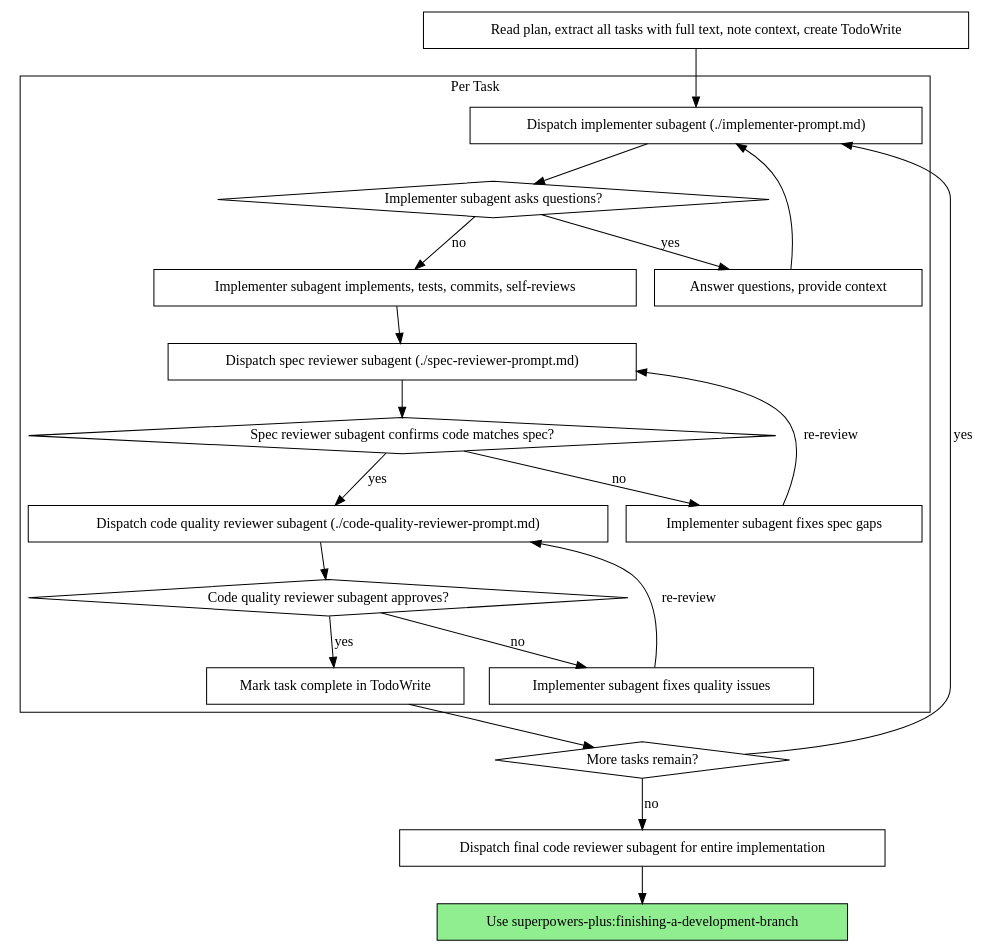
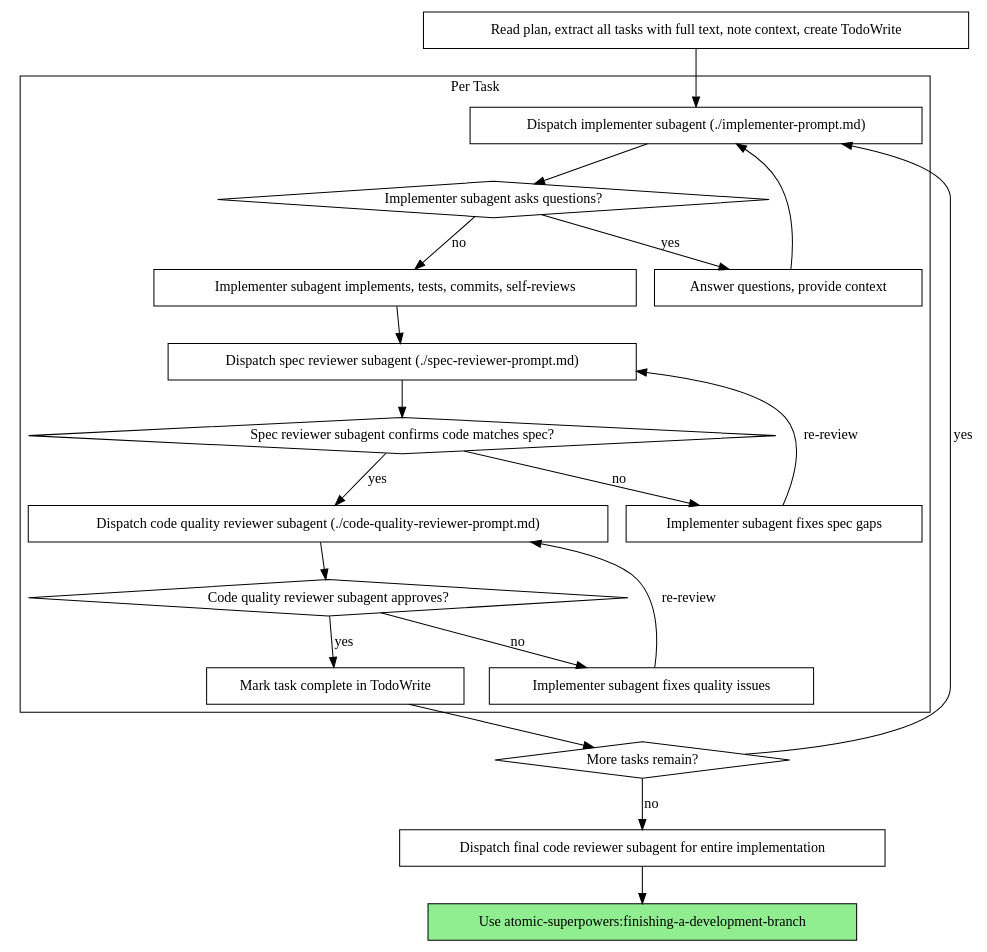
One commit to slgoodrich/superpowers changed the second of 2 diagrams in skills/subagent-driven-development/SKILL.md. Above: the diagram before and after it, drawn with Graphviz. The commit also changed other lines of this file and 28 other files, not shown here.

First line of the commit message:
chore: rename project to atomic-superpowers

````diff
--- a/skills/subagent-driven-development/SKILL.md
+++ b/skills/subagent-driven-development/SKILL.md
@@ -42,44 +42,44 @@
 ```dot
 digraph process {
     rankdir=TB;
 
     subgraph cluster_per_task {
         label="Per Task";
         "Dispatch implementer subagent (./implementer-prompt.md)" [shape=box];
         "Implementer subagent asks questions?" [shape=diamond];
         "Answer questions, provide context" [shape=box];
         "Implementer subagent implements, tests, commits, self-reviews" [shape=box];
         "Dispatch spec reviewer subagent (./spec-reviewer-prompt.md)" [shape=box];
         "Spec reviewer subagent confirms code matches spec?" [shape=diamond];
         "Implementer subagent fixes spec gaps" [shape=box];
         "Dispatch code quality reviewer subagent (./code-quality-reviewer-prompt.md)" [shape=box];
         "Code quality reviewer subagent approves?" [shape=diamond];
         "Implementer subagent fixes quality issues" [shape=box];
         "Mark task complete in TodoWrite" [shape=box];
     }
 
     "Read plan, extract all tasks with full text, note context, create TodoWrite" [shape=box];
     "More tasks remain?" [shape=diamond];
     "Dispatch final code reviewer subagent for entire implementation" [shape=box];
-    "Use superpowers-plus:finishing-a-development-branch" [shape=box style=filled fillcolor=lightgreen];
+    "Use atomic-superpowers:finishing-a-development-branch" [shape=box style=filled fillcolor=lightgreen];
 
     "Read plan, extract all tasks with full text, note context, create TodoWrite" -> "Dispatch implementer subagent (./implementer-prompt.md)";
     "Dispatch implementer subagent (./implementer-prompt.md)" -> "Implementer subagent asks questions?";
     "Implementer subagent asks questions?" -> "Answer questions, provide context" [label="yes"];
     "Answer questions, provide context" -> "Dispatch implementer subagent (./implementer-prompt.md)";
     "Implementer subagent asks questions?" -> "Implementer subagent implements, tests, commits, self-reviews" [label="no"];
     "Implementer subagent implements, tests, commits, self-reviews" -> "Dispatch spec reviewer subagent (./spec-reviewer-prompt.md)";
     "Dispatch spec reviewer subagent (./spec-reviewer-prompt.md)" -> "Spec reviewer subagent confirms code matches spec?";
     "Spec reviewer subagent confirms code matches spec?" -> "Implementer subagent fixes spec gaps" [label="no"];
     "Implementer subagent fixes spec gaps" -> "Dispatch spec reviewer subagent (./spec-reviewer-prompt.md)" [label="re-review"];
     "Spec reviewer subagent confirms code matches spec?" -> "Dispatch code quality reviewer subagent (./code-quality-reviewer-prompt.md)" [label="yes"];
     "Dispatch code quality reviewer subagent (./code-quality-reviewer-prompt.md)" -> "Code quality reviewer subagent approves?";
     "Code quality reviewer subagent approves?" -> "Implementer subagent fixes quality issues" [label="no"];
     "Implementer subagent fixes quality issues" -> "Dispatch code quality reviewer subagent (./code-quality-reviewer-prompt.md)" [label="re-review"];
     "Code quality reviewer subagent approves?" -> "Mark task complete in TodoWrite" [label="yes"];
     "Mark task complete in TodoWrite" -> "More tasks remain?";
     "More tasks remain?" -> "Dispatch implementer subagent (./implementer-prompt.md)" [label="yes"];
     "More tasks remain?" -> "Dispatch final code reviewer subagent for entire implementation" [label="no"];
-    "Dispatch final code reviewer subagent for entire implementation" -> "Use superpowers-plus:finishing-a-development-branch";
+    "Dispatch final code reviewer subagent for entire implementation" -> "Use atomic-superpowers:finishing-a-development-branch";
 }
 ```
````
